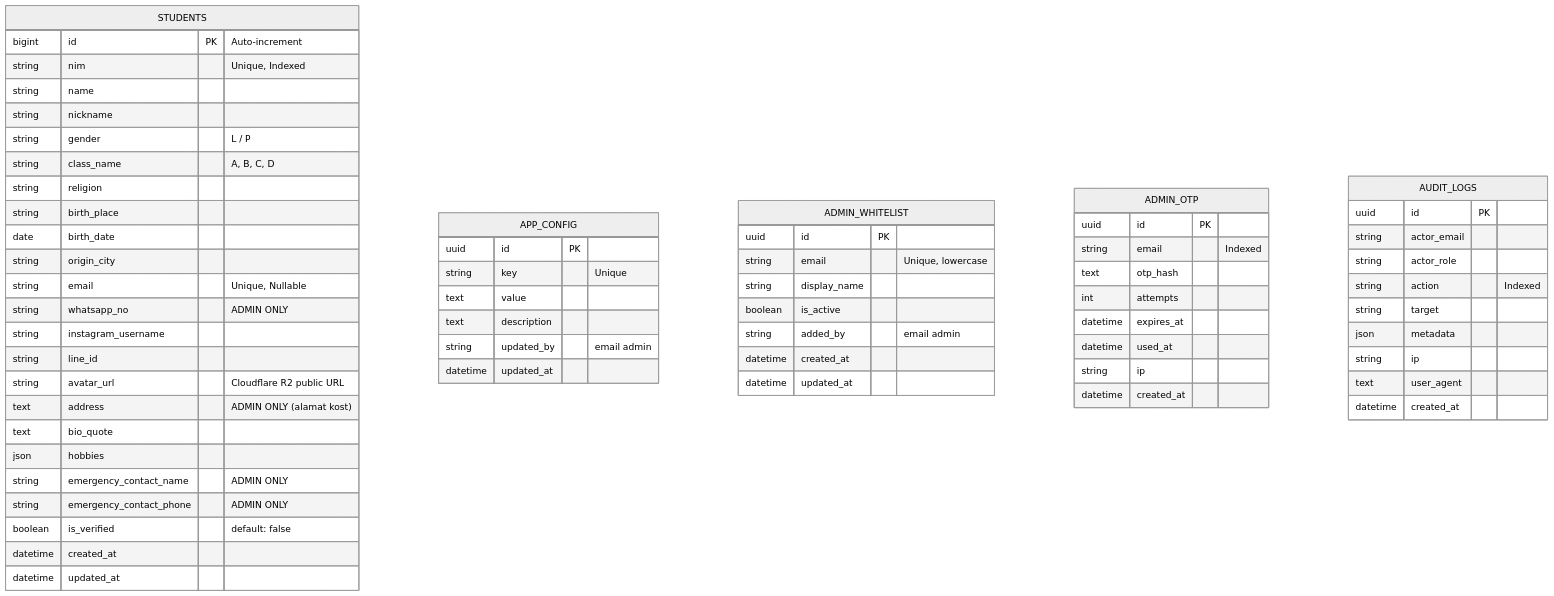
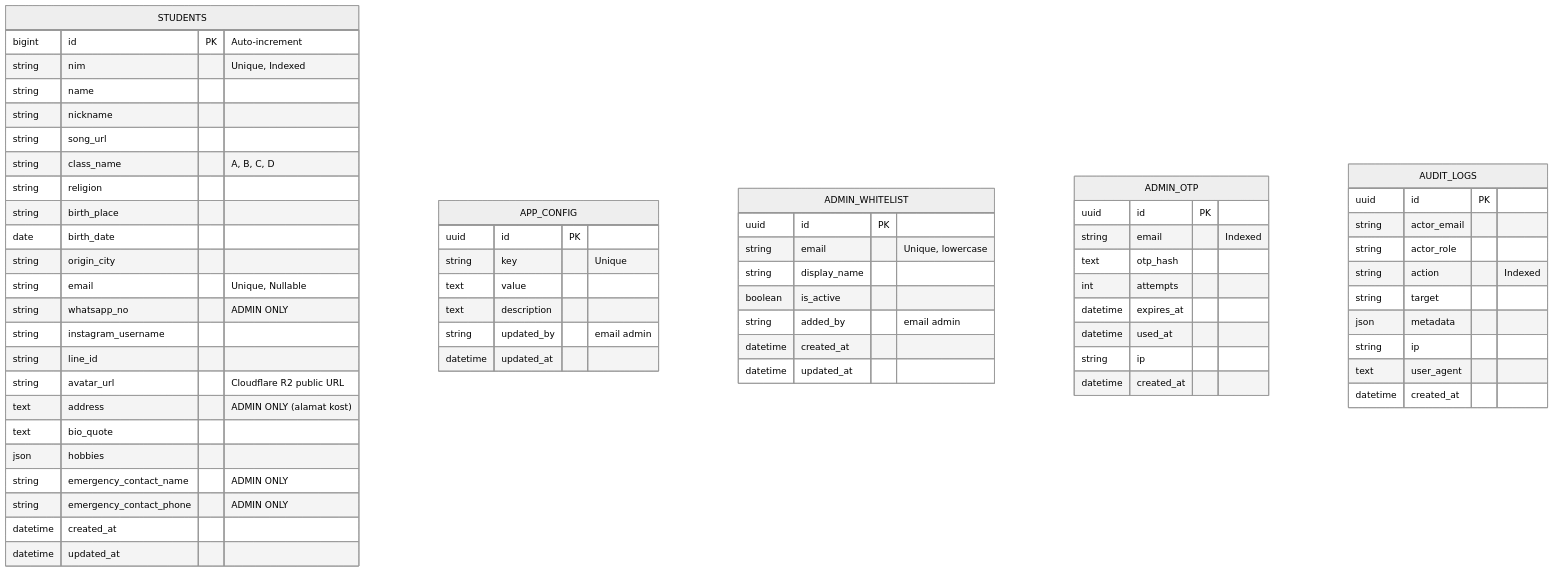
The first of 3 diagrams in docs/ARCHITECTURE.md (tekkom-26/buku-angkatan-tekkom-26), drawn with Mermaid (neutral theme) before and after one commit. The commit also changed other lines of this file and 4 other files, not shown here.

````diff
--- a/docs/ARCHITECTURE.md
+++ b/docs/ARCHITECTURE.md
@@ -36,70 +36,69 @@
 ```mermaid
 erDiagram
     STUDENTS {
         bigint id PK "Auto-increment"
         string nim "Unique, Indexed"
         string name
         string nickname
-        string gender "L / P"
+        string song_url
         string class_name "A, B, C, D"
         string religion
         string birth_place
         date birth_date
         string origin_city
         string email "Unique, Nullable"
         string whatsapp_no "ADMIN ONLY"
         string instagram_username
         string line_id
         string avatar_url "Cloudflare R2 public URL"
         text address "ADMIN ONLY (alamat kost)"
         text bio_quote
         json hobbies
         string emergency_contact_name "ADMIN ONLY"
         string emergency_contact_phone "ADMIN ONLY"
-        boolean is_verified "default: false"
         datetime created_at
         datetime updated_at
     }
 
     APP_CONFIG {
         uuid id PK
         string key "Unique"
         text value
         text description
         string updated_by "email admin"
         datetime updated_at
     }
 
     ADMIN_WHITELIST {
         uuid id PK
         string email "Unique, lowercase"
         string display_name
         boolean is_active
         string added_by "email admin"
         datetime created_at
         datetime updated_at
     }
 
     ADMIN_OTP {
         uuid id PK
         string email "Indexed"
         text otp_hash
         int attempts
         datetime expires_at
         datetime used_at
         string ip
         datetime created_at
     }
 
     AUDIT_LOGS {
         uuid id PK
         string actor_email
         string actor_role
         string action "Indexed"
         string target
         json metadata
         string ip
         text user_agent
         datetime created_at
     }
 ```
````
